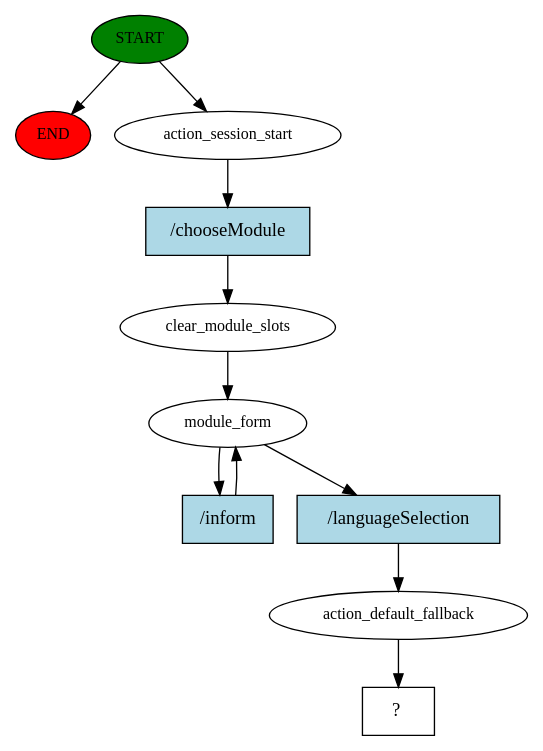
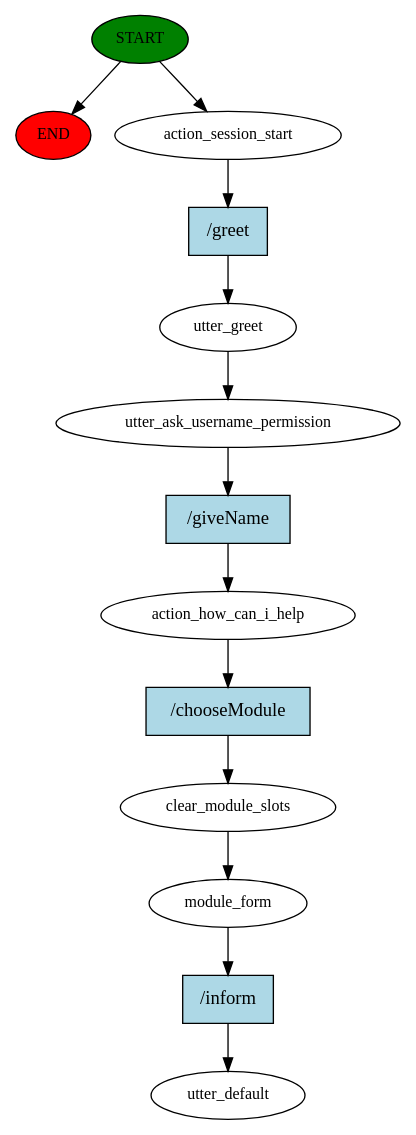
The diagram in story_graph.dot (lewisstevenmackenzie/Dissertation1), drawn with Graphviz before and after one commit. The commit also changed 935 other files, not shown here.

```diff
--- a/story_graph.dot
+++ b/story_graph.dot
@@ -1,22 +1,27 @@
 digraph  {
 0 [class="start active", fillcolor=green, fontsize=12, label=START, style=filled];
 "-1" [class=end, fillcolor=red, fontsize=12, label=END, style=filled];
 1 [class=active, fontsize=12, label=action_session_start];
-2 [class=active, fontsize=12, label=clear_module_slots];
-3 [class=active, fontsize=12, label=module_form];
-6 [class=active, fontsize=12, label=action_default_fallback];
-7 [class="intent dashed active", label="  ?  ", shape=rect];
-8 [class="intent active", fillcolor=lightblue, label="/chooseModule", shape=rect, style=filled];
-9 [class="intent active", fillcolor=lightblue, label="/inform", shape=rect, style=filled];
-10 [class="intent active", fillcolor=lightblue, label="/languageSelection", shape=rect, style=filled];
+2 [class=active, fontsize=12, label=utter_greet];
+3 [class=active, fontsize=12, label=utter_ask_username_permission];
+4 [class=active, fontsize=12, label=action_how_can_i_help];
+5 [class=active, fontsize=12, label=clear_module_slots];
+6 [class=active, fontsize=12, label=module_form];
+7 [class="dashed active", fontsize=12, label=utter_default];
+8 [class="intent active", fillcolor=lightblue, label="/greet", shape=rect, style=filled];
+9 [class="intent active", fillcolor=lightblue, label="/giveName", shape=rect, style=filled];
+10 [class="intent active", fillcolor=lightblue, label="/chooseModule", shape=rect, style=filled];
+11 [class="intent active", fillcolor=lightblue, label="/inform", shape=rect, style=filled];
 0 -> "-1"  [class="", key=NONE, label=""];
 0 -> 1  [class=active, key=NONE, label=""];
 1 -> 8  [class=active, key=0];
 2 -> 3  [class=active, key=NONE, label=""];
 3 -> 9  [class=active, key=0];
-3 -> 10  [class=active, key=0];
-6 -> 7  [class=active, key=NONE, label=""];
+4 -> 10  [class=active, key=0];
+5 -> 6  [class=active, key=NONE, label=""];
+6 -> 11  [class=active, key=0];
 8 -> 2  [class=active, key=0];
-9 -> 3  [class=active, key=0];
-10 -> 6  [class=active, key=0];
+9 -> 4  [class=active, key=0];
+10 -> 5  [class=active, key=0];
+11 -> 7  [class=active, key=0];
 }
```
